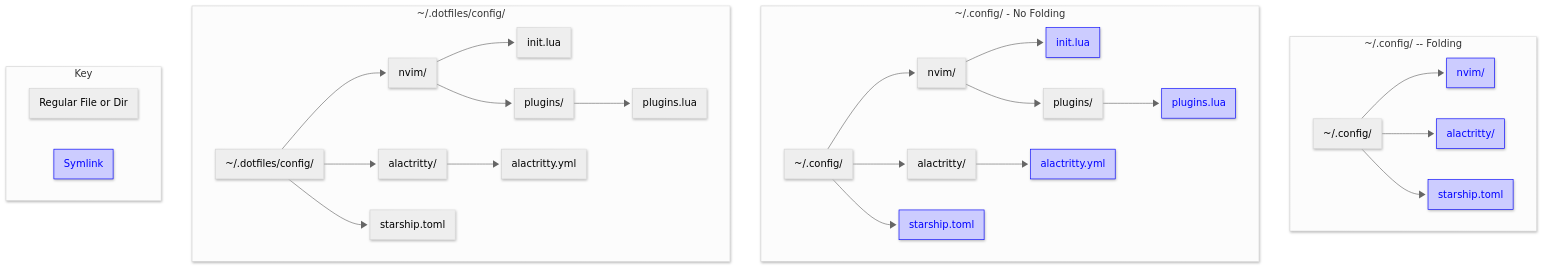
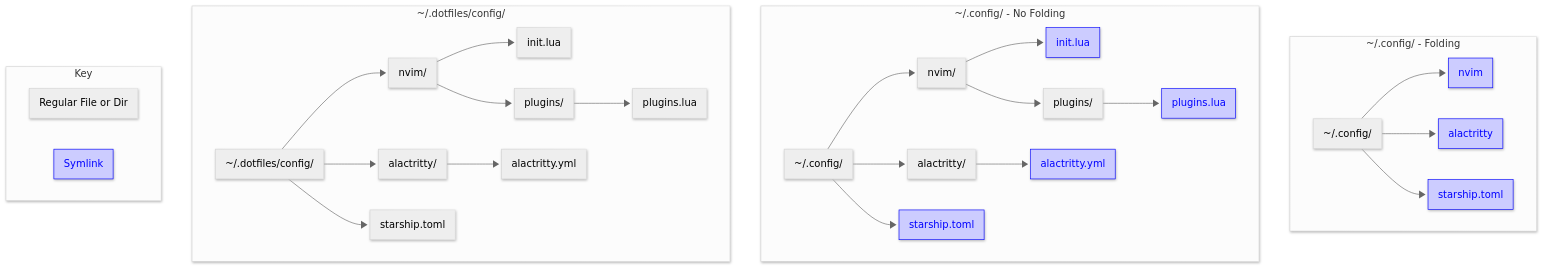
Before and after one commit to da-luce/ghostow: the diagram in README.md, drawn with Mermaid. The commit also changed other lines of this file and 6 other files, not shown here.

````diff
--- a/README.md
+++ b/README.md
@@ -73,50 +75,47 @@
 ```mermaid
 ---
 config:
   look: neo
   theme: neutral
 ---
 graph TD
 
-    subgraph CONFIG_FOLD [~/.config/ -- Folding]
-        Fa[~/.config/]-->Fb[nvim/]
-        Fa --> Ff[alactritty/]
+    subgraph CONFIG_FOLD [~/.config/ - Folding]
+        Fa[~/.config/]-->Fb[nvim]
+        Fa --> Ff[alactritty]
         Fa --> Fh[starship.toml]
     end
 
     subgraph CONFIG_NO_FOLD [~/.config/ - No Folding]
         Ta[~/.config/]-->Tb[nvim/]
         Tb --> Tc[init.lua]
         Tb --> Td[plugins/]
         Td --> Te[plugins.lua]
 
         Ta --> Tf[alactritty/]
         Tf --> Tg[alactritty.yml]
 
         Ta --> Th[starship.toml]
     end
 
     subgraph DOTFILES [~/.dotfiles/config/]
         Da[~/.dotfiles/config/]-->Db[nvim/]
         Db --> Dc[init.lua]
         Db --> Dd[plugins/]
         Dd --> De[plugins.lua]
 
         Da --> Df[alactritty/]
         Df --> Dg[alactritty.yml]
 
         Da --> Dh[starship.toml]
     end
 
     classDef symlink fill:#ccf,stroke:#00f,color:#00f
     class Tc,Te,Tg,Th,Fb,Ff,Fh symlink
 
     %% Add legend using invisible nodes
     subgraph Legend [Key]
         L1[Regular File or Dir]
         L2[Symlink]:::symlink
     end
-
-
-
 ```
````
